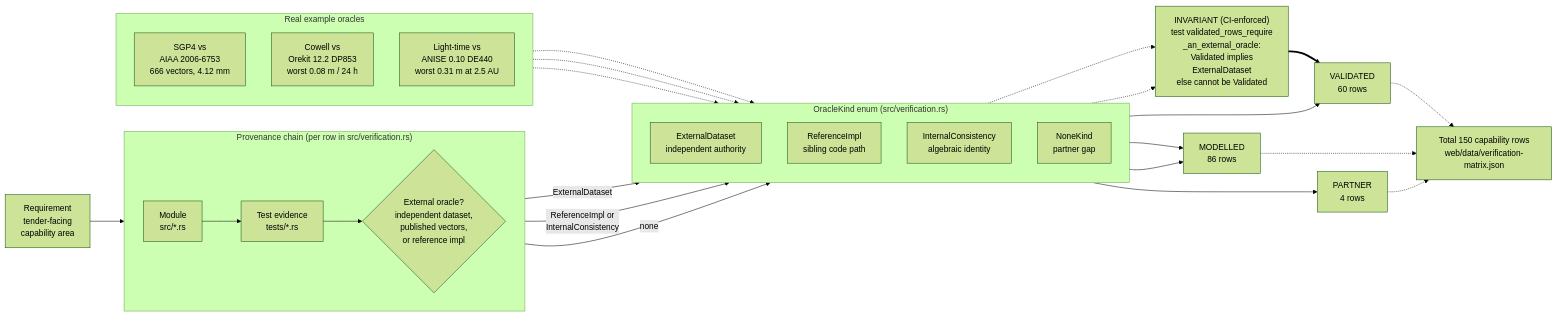
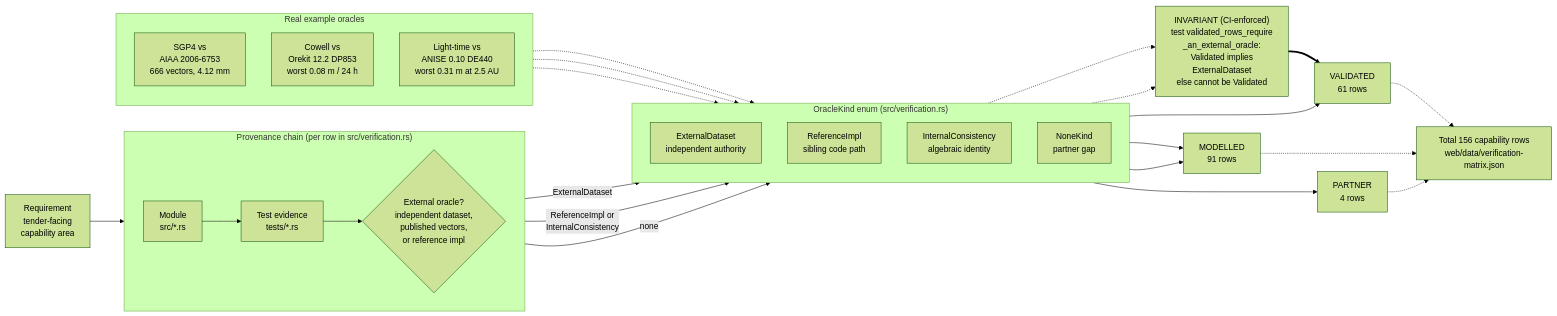
One commit to ashfordeOU/kshana changed the diagram in docs/diagrams/validation-provenance.mmd. Above: the diagram before and after it, drawn with Mermaid (forest theme). The commit also changed 43 other files, not shown here.

First line of the commit message:
feat(lunar): land the principal-axis datum-identifiability substrate — 4 modules, 6 matrix rows

```diff
--- a/docs/diagrams/validation-provenance.mmd
+++ b/docs/diagrams/validation-provenance.mmd
@@ -1,49 +1,49 @@
 flowchart LR
     REQ["Requirement<br/>tender-facing<br/>capability area"]
 
     subgraph CHAIN["Provenance chain (per row in src/verification.rs)"]
         direction LR
         MOD["Module<br/>src/*.rs"]
         TST["Test evidence<br/>tests/*.rs"]
         ORA{"External oracle?<br/>independent dataset,<br/>published vectors,<br/>or reference impl"}
     end
 
     REQ --> MOD --> TST --> ORA
 
     subgraph KINDS["OracleKind enum (src/verification.rs)"]
         direction TD
         EXT["ExternalDataset<br/>independent authority"]
         REF["ReferenceImpl<br/>sibling code path"]
         INT["InternalConsistency<br/>algebraic identity"]
         NON["NoneKind<br/>partner gap"]
     end
 
     ORA -->|ExternalDataset| EXT
     ORA -->|"ReferenceImpl or<br/>InternalConsistency"| INT
     ORA -->|none| NON
 
     GUARD["INVARIANT (CI-enforced)<br/>test validated_rows_require<br/>_an_external_oracle:<br/>Validated implies<br/>ExternalDataset<br/>else cannot be Validated"]
     EXT -.-> GUARD
     INT -.-> GUARD
 
-    EXT --> VAL["VALIDATED<br/>60 rows"]
-    REF --> MDL["MODELLED<br/>86 rows"]
+    EXT --> VAL["VALIDATED<br/>61 rows"]
+    REF --> MDL["MODELLED<br/>91 rows"]
     INT --> MDL
     NON --> PRT["PARTNER<br/>4 rows"]
     GUARD ==> VAL
 
     subgraph EX["Real example oracles"]
         direction TD
         E1["SGP4 vs<br/>AIAA 2006-6753<br/>666 vectors, 4.12 mm"]
         E2["Cowell vs<br/>Orekit 12.2 DP853<br/>worst 0.08 m / 24 h"]
         E3["Light-time vs<br/>ANISE 0.10 DE440<br/>worst 0.31 m at 2.5 AU"]
     end
 
     E1 -.-> EXT
     E2 -.-> EXT
     E3 -.-> EXT
 
-    TOTAL["Total 150 capability rows<br/>web/data/verification-matrix.json"]
+    TOTAL["Total 156 capability rows<br/>web/data/verification-matrix.json"]
     VAL -.-> TOTAL
     MDL -.-> TOTAL
     PRT -.-> TOTAL
```
